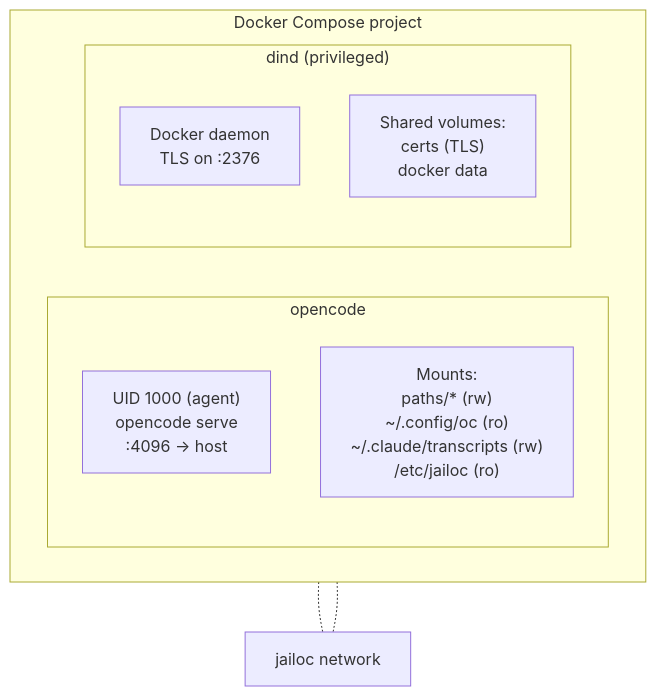
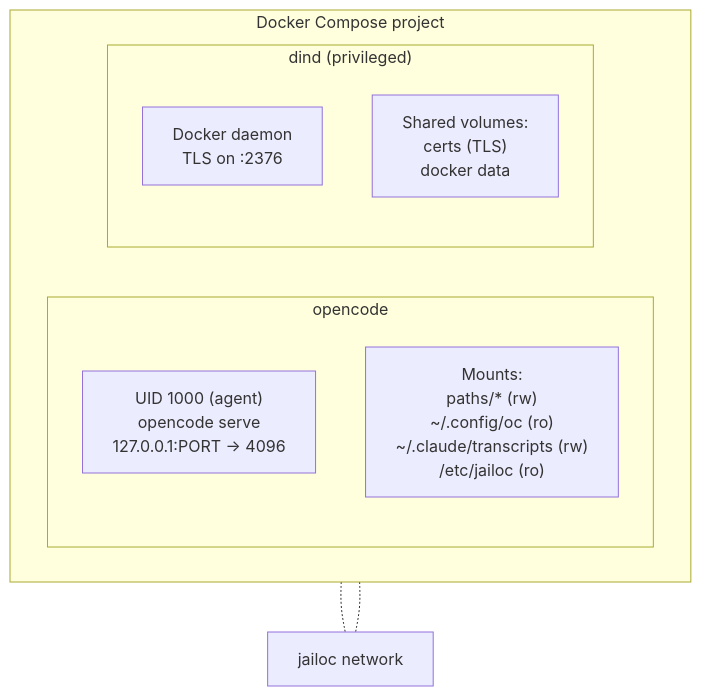
Before and after one commit to speedo17/jailoc: the diagram in docs/explanation/container-architecture.md, drawn with Mermaid. The commit also changed other lines of this file and 1 other file, not shown here.

Commit message:
fix(compose): bind published port to 127.0.0.1

````diff
--- a/docs/explanation/container-architecture.md
+++ b/docs/explanation/container-architecture.md
@@ -7,19 +7,19 @@
 ```mermaid
 flowchart TB
   subgraph compose["Docker Compose project"]
     direction LR
     subgraph oc["opencode"]
       direction TB
-      oc_uid["UID 1000 (agent)<br>opencode serve<br>:4096 → host"]
+      oc_uid["UID 1000 (agent)<br>opencode serve<br>127.0.0.1:PORT → 4096"]
       oc_mounts["Mounts:<br>paths/* (rw)<br>~/.config/oc (ro)<br>~/.claude/transcripts (rw)<br>/etc/jailoc (ro)"]
     end
     subgraph dind["dind (privileged)"]
       direction TB
       dind_daemon["Docker daemon<br>TLS on :2376"]
       dind_vols["Shared volumes:<br>certs (TLS)<br>docker data"]
     end
   end
 
   oc -.- net["jailoc network"]
     dind -.- net
 ```
````
